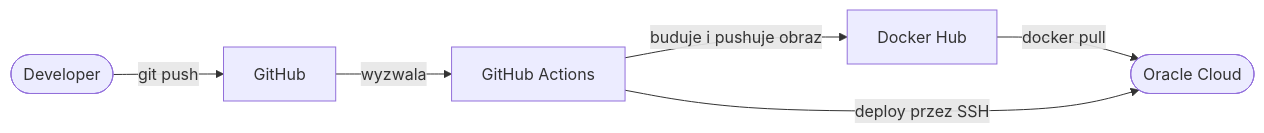
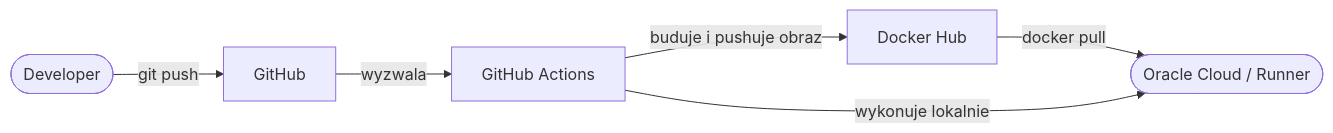
The diagram in README.md (PATRYKK2005/flask-cicd-pipeline), drawn with Mermaid before and after one commit. The commit also changed other lines of this file, not shown here.

````diff
--- a/README.md
+++ b/README.md
@@ -7,14 +18,14 @@
 ```mermaid
 flowchart LR
     dev([Developer])
     gh[GitHub]
     actions[GitHub Actions]
     dh[Docker Hub]
-    srv([Oracle Cloud])
+    srv([Oracle Cloud / Runner])
 
     dev -->|git push| gh
     gh -->|wyzwala| actions
     actions -->|buduje i pushuje obraz| dh
     dh -->|docker pull| srv
-    actions -->|deploy przez SSH| srv
+    actions -->|wykonuje lokalnie| srv
 ```
````
